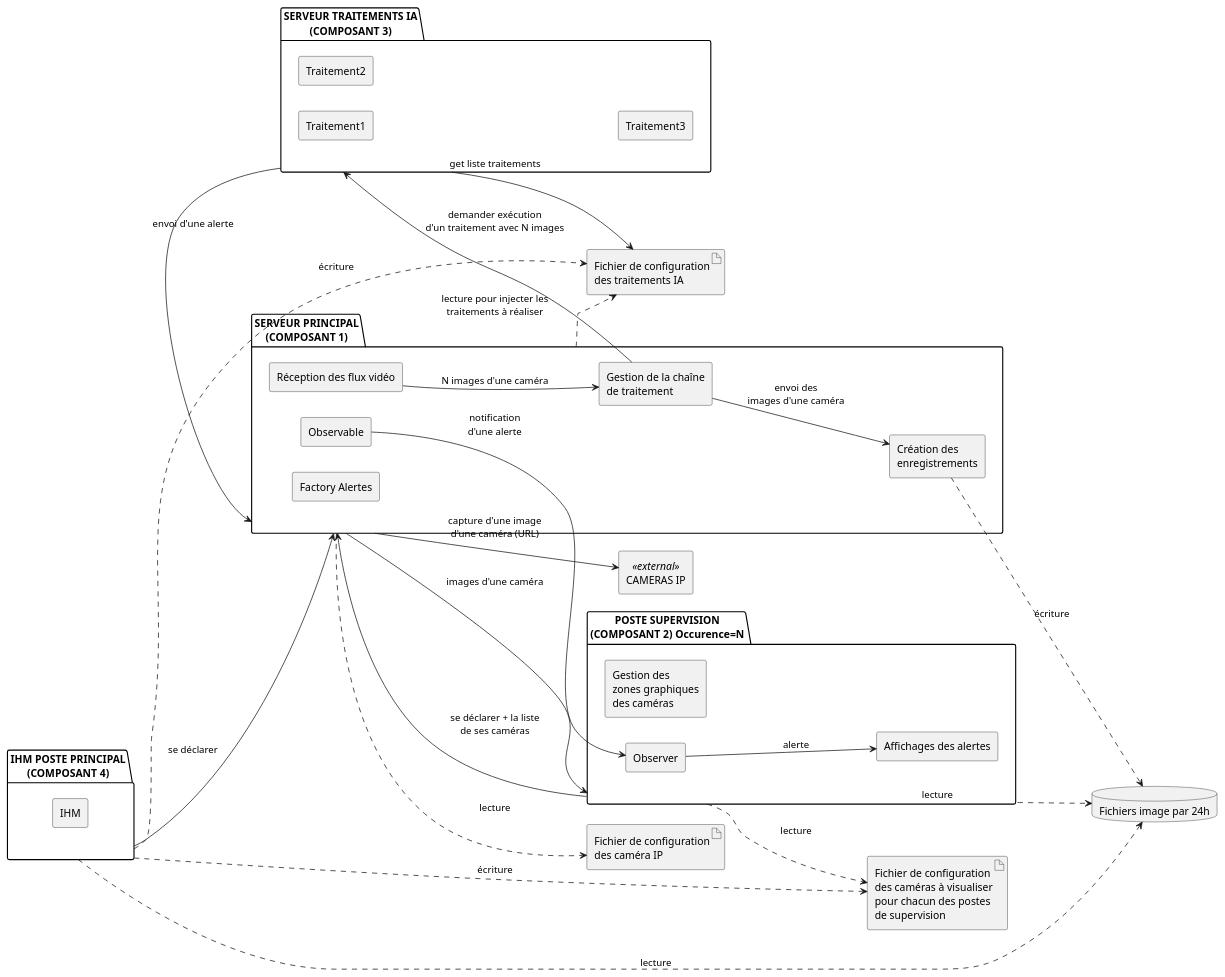
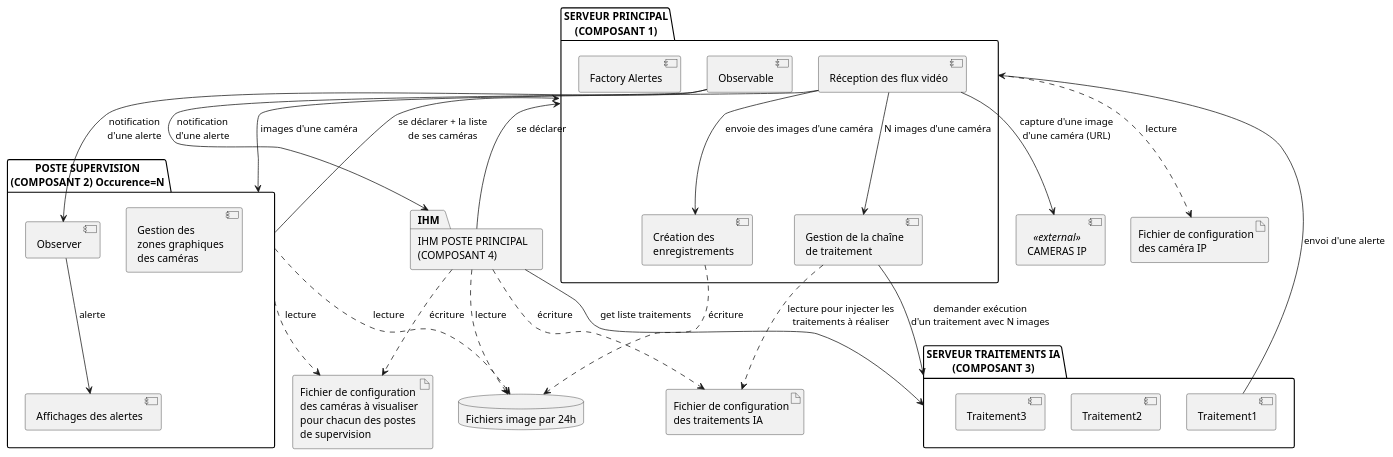
The diagram in 2024-2025/3.1.puml (enzofrnt/Annale-NSY102), drawn with PlantUML before and after one commit. The commit also changed 1 other file, not shown here.

```diff
--- a/2024-2025/3.1.puml
+++ b/2024-2025/3.1.puml
@@ -1,93 +1,93 @@
 @startuml
-left to right direction
-skinparam componentStyle rectangle
+' left to right direction
+' skinparam componentStyle rectangle
+' skinparam linetype ortho
 
 ' =========================
 ' Acteurs / externes
 ' =========================
 component "CAMERAS IP" as CAM <<external>>
 
 artifact "Fichier de configuration\ndes caméra IP" as CFG_CAM_IP
 artifact "Fichier de configuration\ndes caméras à visualiser\npour chacun des postes\nde supervision" as CFG_CAM_VIEW
 artifact "Fichier de configuration\ndes traitements IA" as CFG_IA
 
 database "Fichiers image par 24h" as DB_IMG
 
 ' =========================
 ' COMPOSANT 2 : Poste supervision (Occurrence = N)
 ' =========================
 package "POSTE SUPERVISION\n(COMPOSANT 2) Occurence=N" as POSTE {
   component "Gestion des\nzones graphiques\ndes caméras" as ZONES
   component "Affichages des alertes" as UI_ALERTES
   component "Observer" as OBS
 }
 
 OBS --> UI_ALERTES : alerte
 
 ' =========================
 ' COMPOSANT 1 : Serveur principal
 ' =========================
 package "SERVEUR PRINCIPAL\n(COMPOSANT 1)" as SP {
   component "Réception des flux vidéo" as RX
   component "Observable" as OBSV
   component "Gestion de la chaîne\nde traitement" as CHAIN
   component "Création des\nenregistrements" as REC
   component "Factory Alertes" as FACT
 
   RX --> CHAIN : N images d'une caméra
-  CHAIN --> REC : envoi des\nimages d'une caméra
 }
 
 ' =========================
 ' COMPOSANT 3 : Serveur traitements IA
 ' =========================
 package "SERVEUR TRAITEMENTS IA\n(COMPOSANT 3)" as IA {
   component "Traitement1" as T1
   component "Traitement2" as T2
   component "Traitement3" as T3
 }
 
 ' =========================
 ' COMPOSANT 4 : IHM poste principal
 ' =========================
-package "IHM POSTE PRINCIPAL\n(COMPOSANT 4)" as IHM {
-  component "IHM" as UI
-}
+package "IHM POSTE PRINCIPAL\n(COMPOSANT 4)" as IHM
 
 ' =========================
 ' Flux / relations
 ' =========================
 
 ' Déclaration postes
 POSTE --> SP : se déclarer + la liste\nde ses caméras
 IHM --> SP : se déclarer
 
-' Images d'une caméra
-SP --> POSTE : images d'une caméra
-
 ' Alertes (Observer/Observable)
 OBSV --> OBS : notification\nd'une alerte
+OBSV --> IHM : notification\nd'une alerte
 
 ' Capture d'image caméra (URL)
-SP --> CAM : capture d'une image\nd'une caméra (URL)
+RX --> CAM : capture d'une image\nd'une caméra (URL)
+RX --> POSTE : images d'une caméra
+RX --> REC : envoie des images d'une caméra
+
 
 ' Config caméras IP (lecture)
 SP ..> CFG_CAM_IP : lecture
 
 ' Config caméras à visualiser (lecture/écriture)
 POSTE ..> CFG_CAM_VIEW : lecture
 IHM ..> CFG_CAM_VIEW : écriture
 
 ' Traitements IA : exécution + config
 CHAIN --> IA : demander exécution\nd'un traitement avec N images
-SP ..> CFG_IA : lecture pour injecter les\ntraitements à réaliser
+CHAIN ..> CFG_IA : lecture pour injecter les\ntraitements à réaliser
+
 IHM ..> CFG_IA : écriture
-IA --> SP : envoi d'une alerte
-IA --> CFG_IA : get liste traitements
+T1 --> SP : envoi d'une alerte
+IHM --> IA : get liste traitements
 
 ' Enregistrements images (écriture) + lectures
 REC ..> DB_IMG : écriture
 IHM ..> DB_IMG : lecture
 POSTE ..> DB_IMG : lecture
 
 @enduml
```
